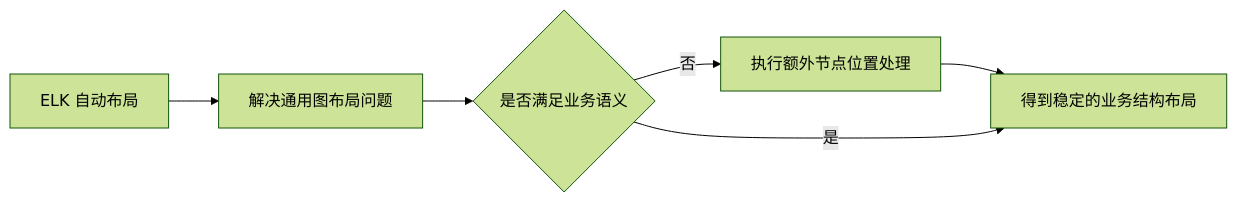
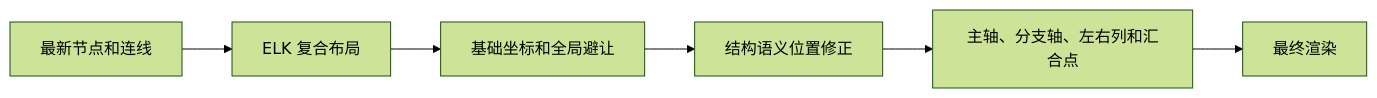
Diagram 16 of 28 in front/doc/2026年6月文档/连接流配置需求设计说明书.md (THZSummer/open-app), drawn with Mermaid (forest theme) before and after one commit. The commit also changed other lines of this file, not shown here.

````diff
--- a/front/doc/2026年6月文档/连接流配置需求设计说明书.md
+++ b/front/doc/2026年6月文档/连接流配置需求设计说明书.md
@@ -925,8 +910,8 @@
 ```mermaid
 flowchart LR
-  Elk[ELK 自动布局] --> General[解决通用图布局问题]
-  General --> NeedSemantic{是否满足业务语义}
-  NeedSemantic -->|否| SemanticFix[执行额外节点位置处理]
-  SemanticFix --> Stable[得到稳定的业务结构布局]
-  NeedSemantic -->|是| Stable
+  Input[最新节点和连线] --> Elk[ELK 复合布局]
+  Elk --> BasicPosition[基础坐标和全局避让]
+  BasicPosition --> Semantic[结构语义位置修正]
+  Semantic --> BusinessPosition[主轴、分支轴、左右列和汇合点]
+  BusinessPosition --> Render[最终渲染]
 ```
````
